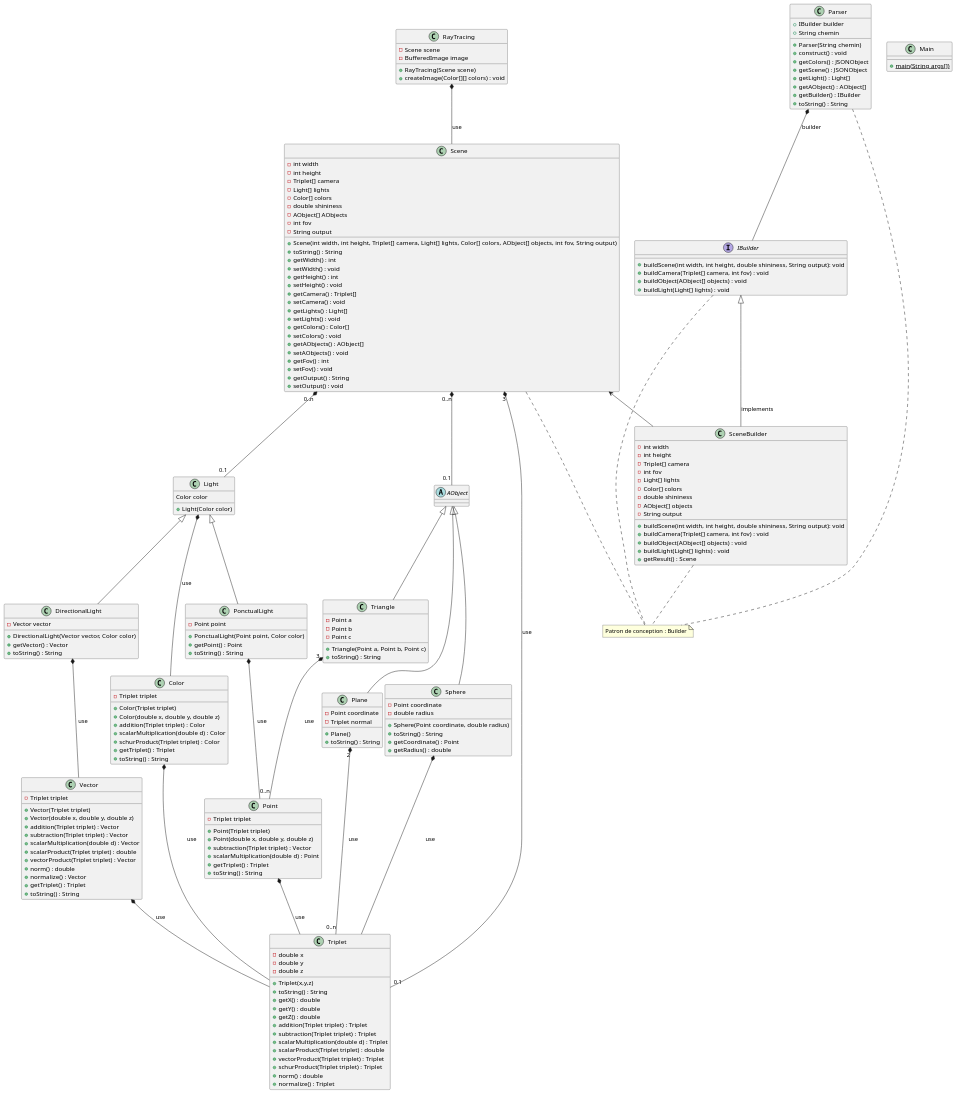
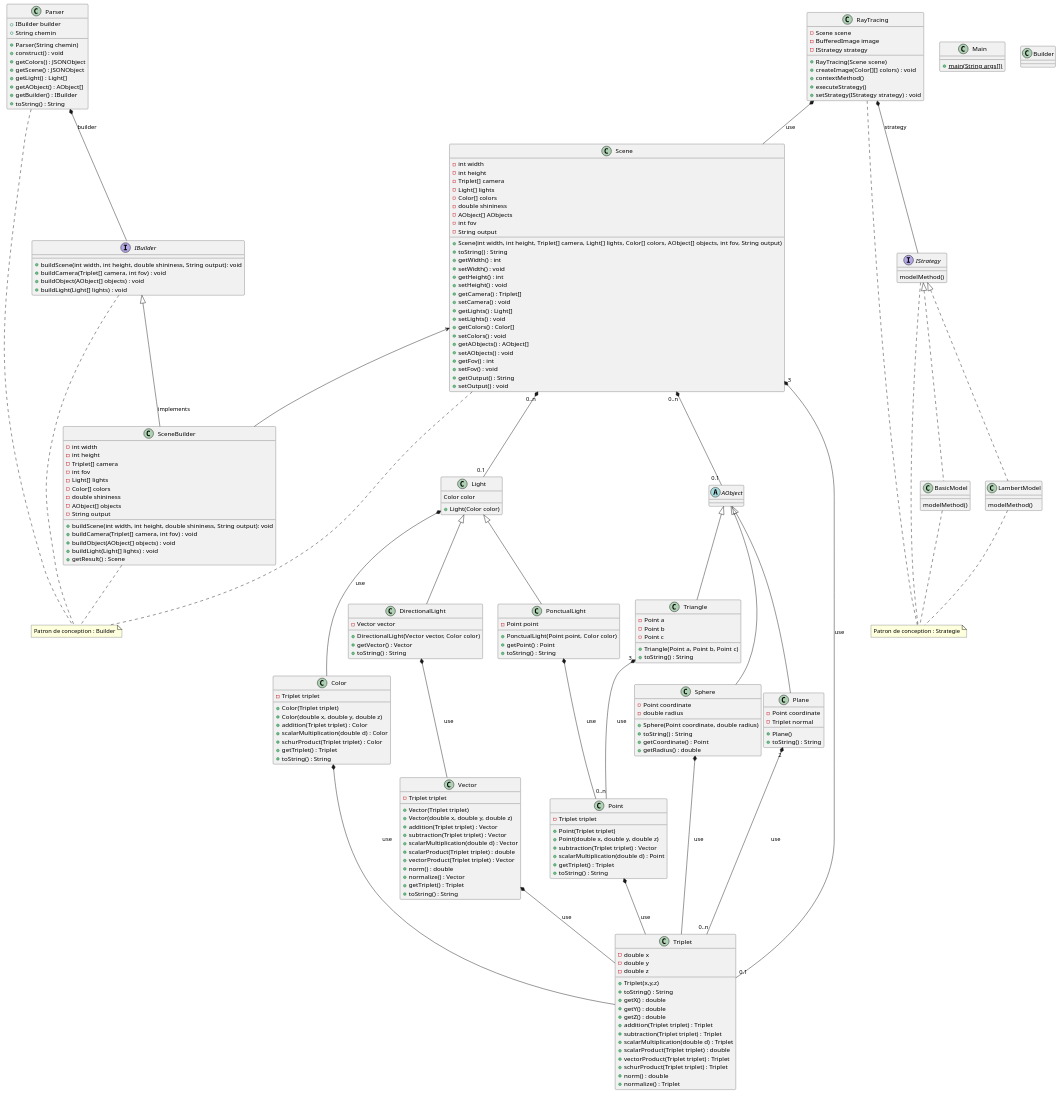
Before and after one commit to DarkWolf62/RaytracerLib: the diagram in RayTracing.puml, drawn with PlantUML.

Commit message:
:memo: Ajout du patron de conception Stratégie dans l'UML #1

```diff
--- a/RayTracing.puml
+++ b/RayTracing.puml
@@ -16,7 +16,7 @@
 
 class Scene
 interface IBuilder
-class SceneBuilder
+class Builder
 
 Vector *-- Triplet : use
 Color *-- Triplet : use
@@ -39,8 +39,7 @@
 Scene "0..n" *-- "0.1" AObject
 Scene "3"*-- "0.1" Triplet : use
 RayTracing *-- Scene : use
-
-
+RayTracing *-- IStrategy : strategy
 
 class Triplet {
 -double x
@@ -222,8 +221,28 @@
 class RayTracing{
 - Scene scene
 - BufferedImage image
+- IStrategy strategy
 + RayTracing(Scene scene)
 + createImage(Color[][] colors) : void
++ contextMethod()
++ executeStrategy()
++ setStrategy(IStrategy strategy) : void
 }
 
+class BasicModel implements IStrategy {
+modelMethod()
+}
+class LambertModel implements IStrategy{
+modelMethod()
+}
+interface IStrategy {
+modelMethod()
+}
+
+note "Patron de conception : Strategie" as N3
+BasicModel .. N3
+LambertModel .. N3
+IStrategy .. N3
+RayTracing .. N3
+
 @enduml
```
